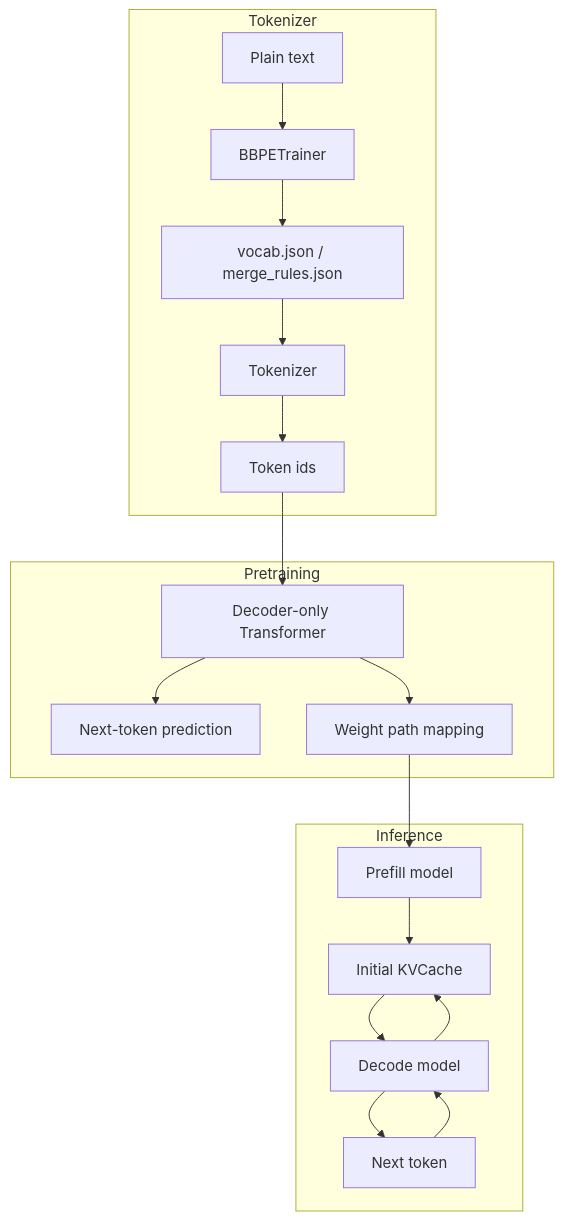
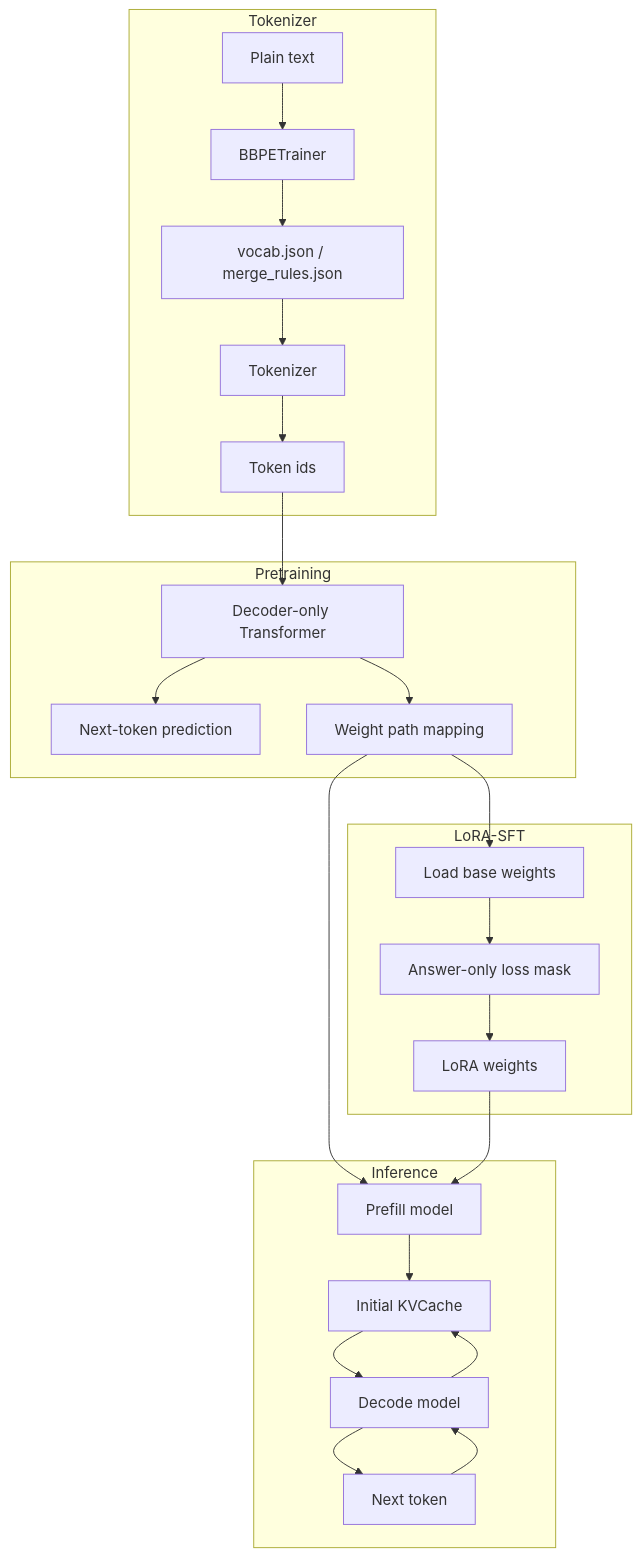
The diagram in README.md (huzhen-ah/mini-llm-demo), drawn with Mermaid before and after one commit. The commit also changed other lines of this file and 11 other files, not shown here.

````diff
--- a/README.md
+++ b/README.md
@@ -15,24 +16,31 @@
 ```mermaid
 flowchart TB
     subgraph T["Tokenizer"]
         A["Plain text"] --> B["BBPETrainer"]
         B --> C["vocab.json / merge_rules.json"]
         C --> D["Tokenizer"]
         D --> E["Token ids"]
     end
 
     subgraph P["Pretraining"]
         E --> F["Decoder-only Transformer"]
         F --> G["Next-token prediction"]
         F --> H["Weight path mapping"]
     end
 
+    subgraph S["LoRA-SFT"]
+        H --> N["Load base weights"]
+        N --> O["Answer-only loss mask"]
+        O --> Q["LoRA weights"]
+    end
+
     subgraph I["Inference"]
         H --> J["Prefill model"]
+        Q --> J
         J --> K["Initial KVCache"]
         K --> L["Decode model"]
         L --> M["Next token"]
         M --> L
         L --> K
     end
 ```
````
